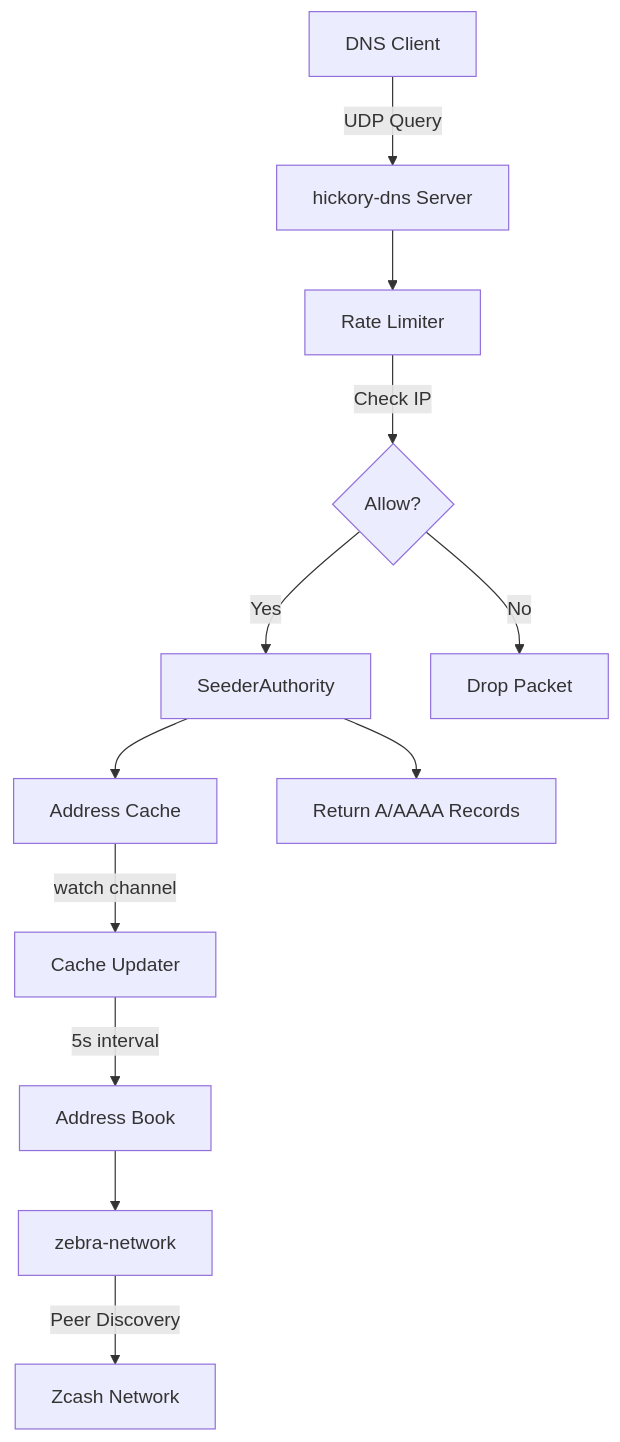
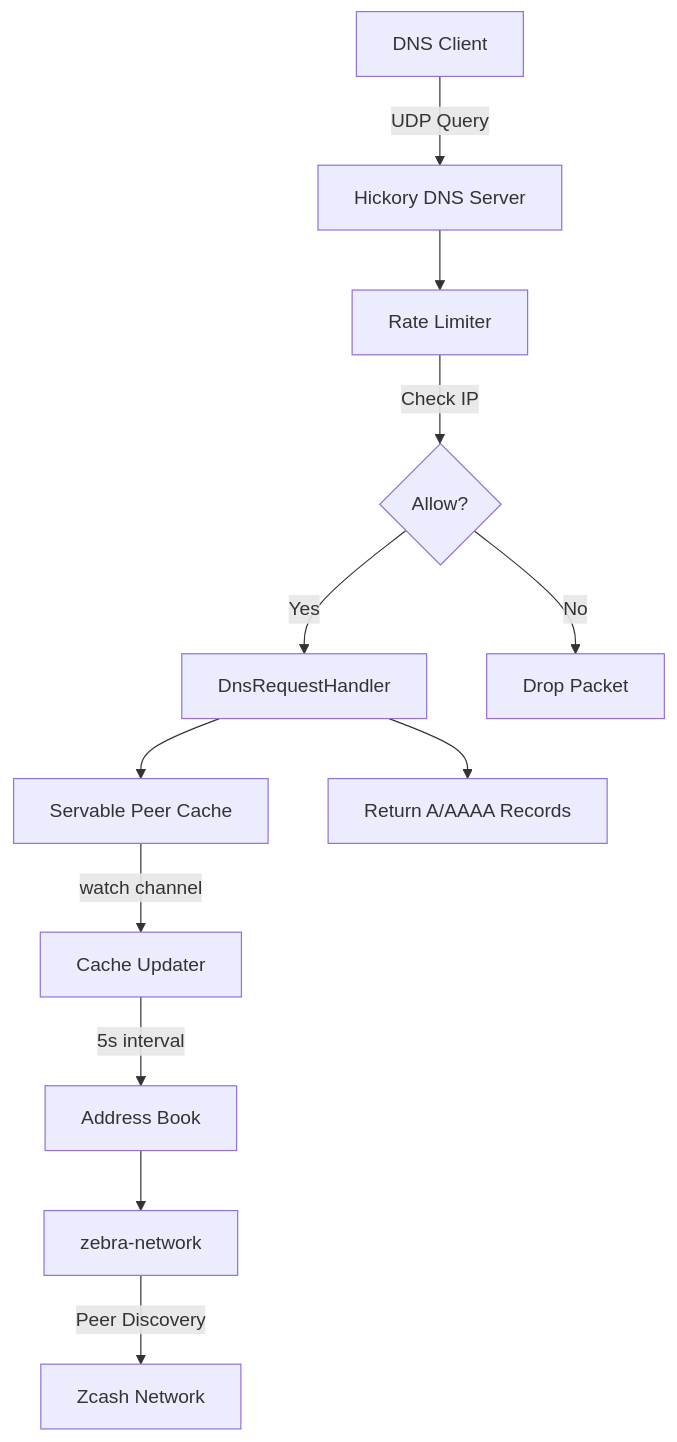
One commit to ZcashFoundation/zeeder changed the first of 4 diagrams in docs/architecture.md. Above: the diagram before and after it, drawn with Mermaid. The commit also changed other lines of this file and 40 other files, not shown here.

````diff
--- a/docs/architecture.md
+++ b/docs/architecture.md
@@ -7,14 +7,14 @@
 ```mermaid
 graph TD
-    A[DNS Client] -->|UDP Query| B[hickory-dns Server]
+    A[DNS Client] -->|UDP Query| B[Hickory DNS Server]
     B --> C[Rate Limiter]
     C -->|Check IP| D{Allow?}
-    D -->|Yes| E[SeederAuthority]
+    D -->|Yes| E[DnsRequestHandler]
     D -->|No| F[Drop Packet]
-    E --> G[Address Cache]
+    E --> G[Servable Peer Cache]
     G -->|watch channel| H[Cache Updater]
     H -->|5s interval| I[Address Book]
     I --> J[zebra-network]
     J -->|Peer Discovery| K[Zcash Network]
     E --> L[Return A/AAAA Records]
 ```
````
